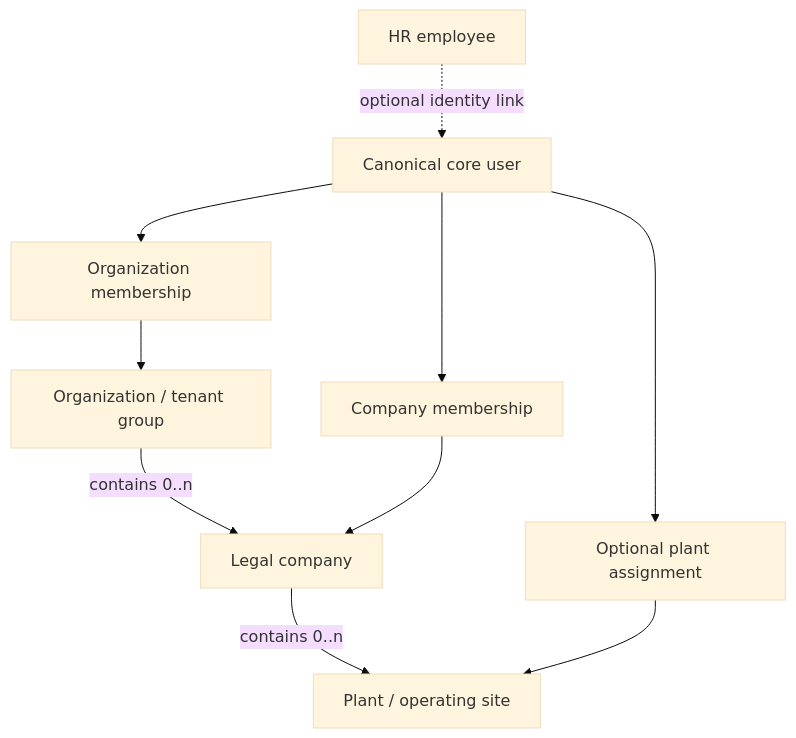
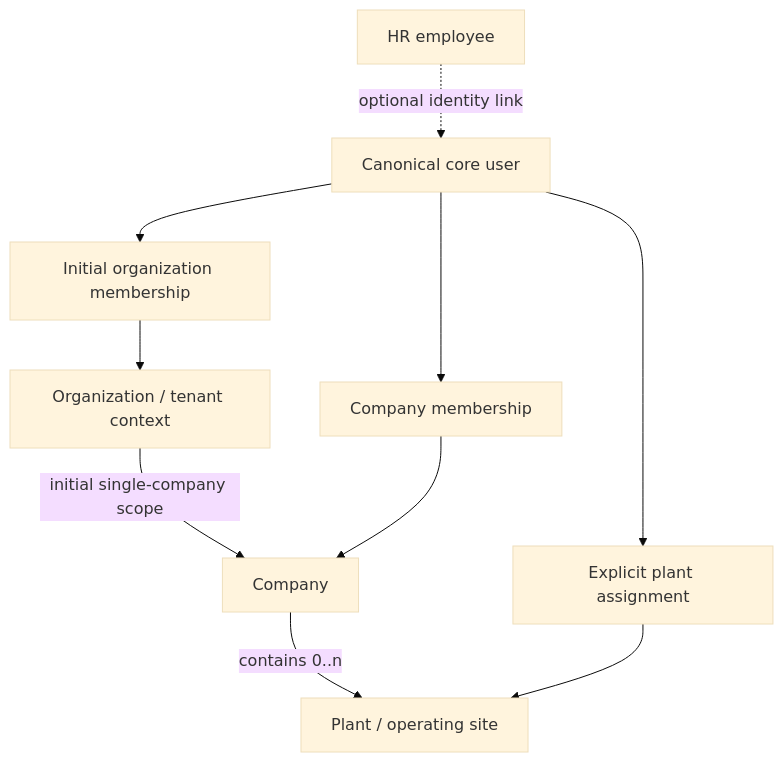
The diagram in docs/phase-0.1/03-organizational-model.md (fandyajpo/sap_core), drawn with Mermaid (base theme) before and after one commit. The commit also changed other lines of this file and 28 other files, not shown here.

````diff
--- a/docs/phase-0.1/03-organizational-model.md
+++ b/docs/phase-0.1/03-organizational-model.md
@@ -7,12 +7,12 @@
 ```mermaid
 graph TD
-  O[Organization / tenant group] -->|contains 0..n| C[Legal company]
+  O[Organization / tenant context] -->|initial single-company scope| C[Company]
   C -->|contains 0..n| P[Plant / operating site]
-  U[Canonical core user] --> OM[Organization membership]
+  U[Canonical core user] --> OM[Initial organization membership]
   U --> CM[Company membership]
-  U --> PA[Optional plant assignment]
+  U --> PA[Explicit plant assignment]
   OM --> O
   CM --> C
   PA --> P
   E[HR employee] -. optional identity link .-> U
 ```
````
